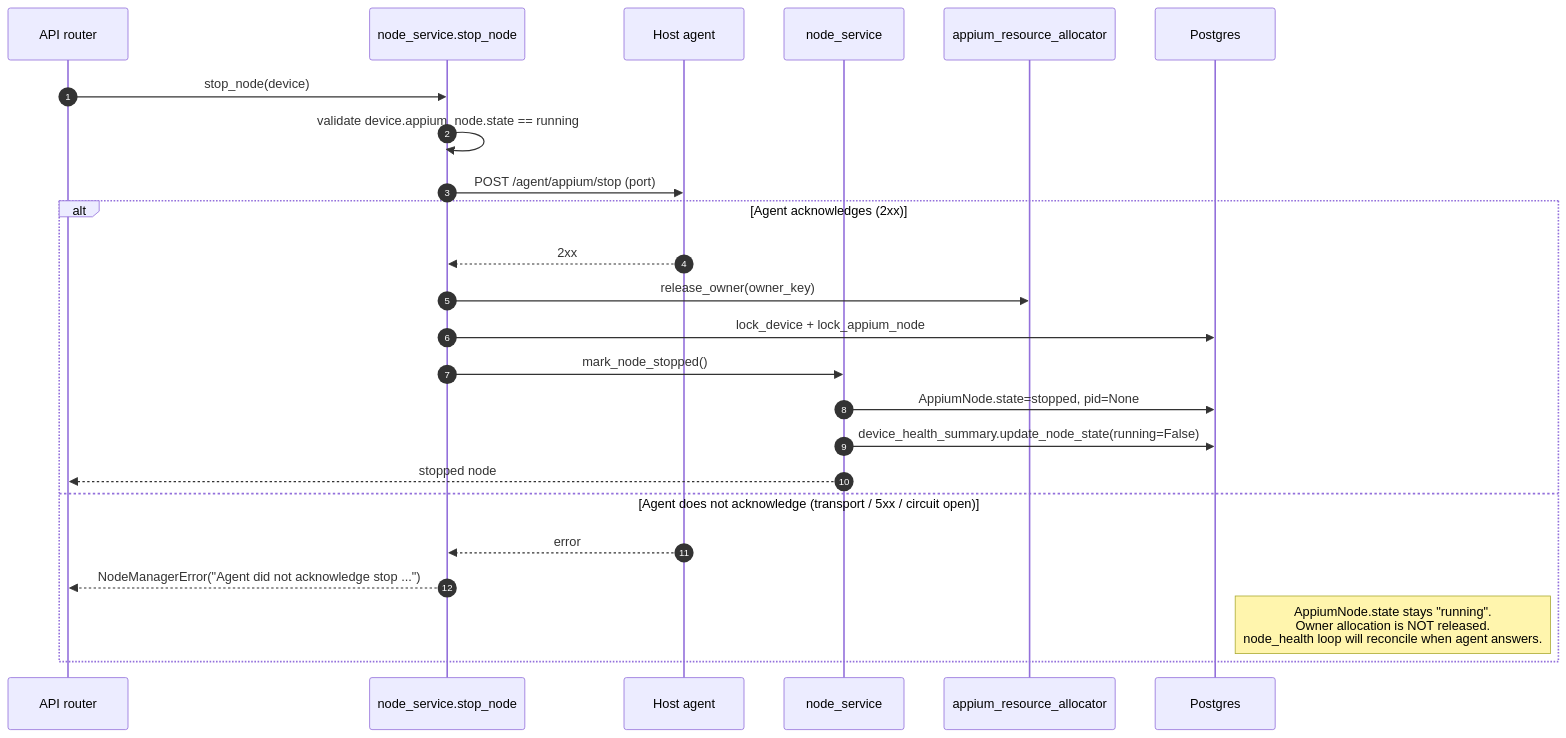
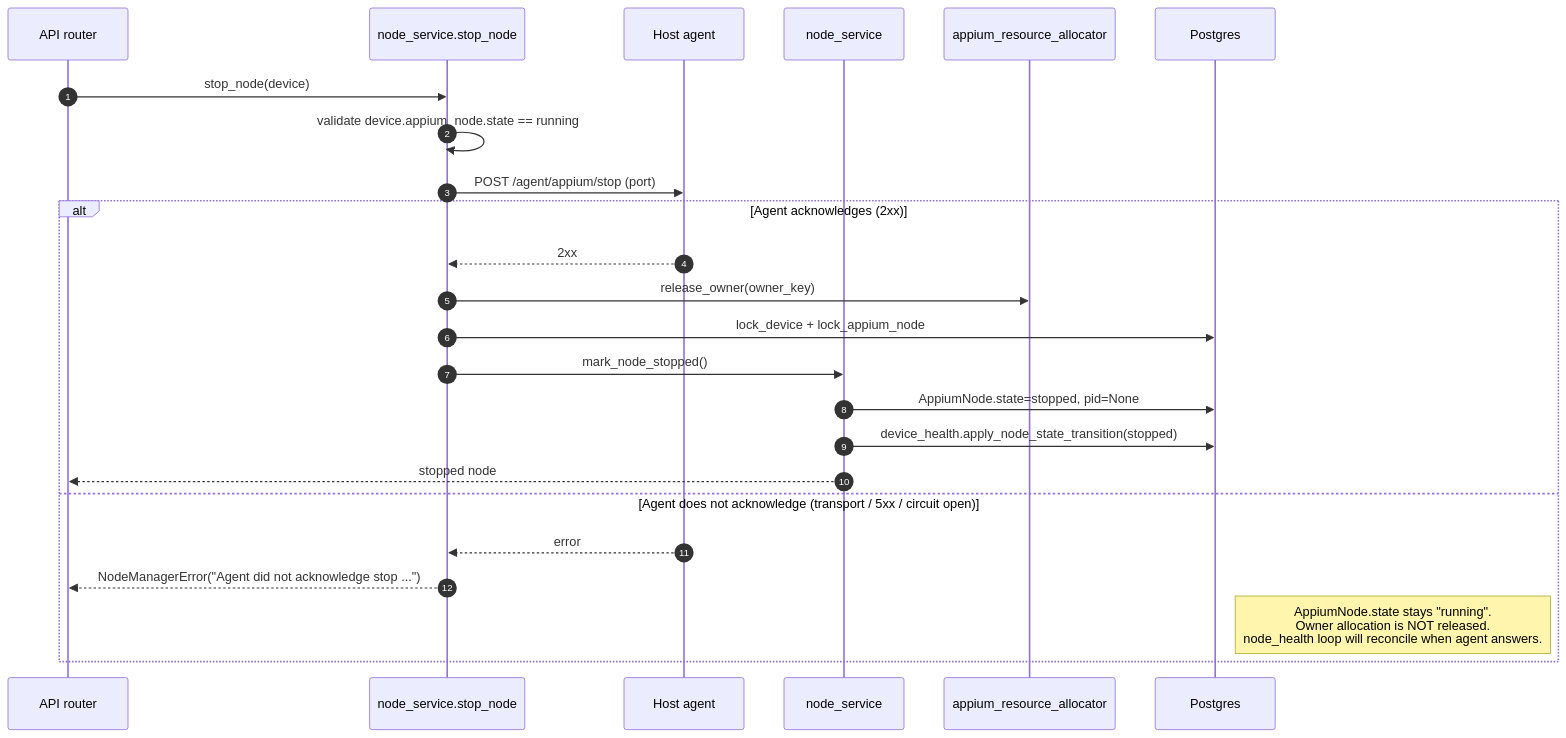
Before and after one commit to quidow/gridfleet: the third of 5 diagrams in docs/design/02-node-lifecycle.md, drawn with Mermaid. The commit also changed other lines of this file and 45 other files, not shown here.

First line of the commit message:
refactor(backend)!: derive device health summary on read (#78)

````diff
--- a/docs/design/02-node-lifecycle.md
+++ b/docs/design/02-node-lifecycle.md
@@ -105,27 +105,27 @@
 ```mermaid
 sequenceDiagram
     autonumber
     participant API as API router
     participant NM as node_service.stop_node
     participant Agent as Host agent
     participant State as node_service
     participant Alloc as appium_resource_allocator
     participant Pg as Postgres
 
     API->>NM: stop_node(device)
     NM->>NM: validate device.appium_node.state == running
     NM->>Agent: POST /agent/appium/stop (port)
     alt Agent acknowledges (2xx)
         Agent-->>NM: 2xx
         NM->>Alloc: release_owner(owner_key)
         NM->>Pg: lock_device + lock_appium_node
         NM->>State: mark_node_stopped()
         State->>Pg: AppiumNode.state=stopped, pid=None
-        State->>Pg: device_health_summary.update_node_state(running=False)
+        State->>Pg: device_health.apply_node_state_transition(stopped)
         State-->>API: stopped node
     else Agent does not acknowledge (transport / 5xx / circuit open)
         Agent-->>NM: error
         NM-->>API: NodeManagerError("Agent did not acknowledge stop ...")
         Note right of Pg: AppiumNode.state stays "running".<br/>Owner allocation is NOT released.<br/>node_health loop will reconcile when agent answers.
     end
 ```
````
